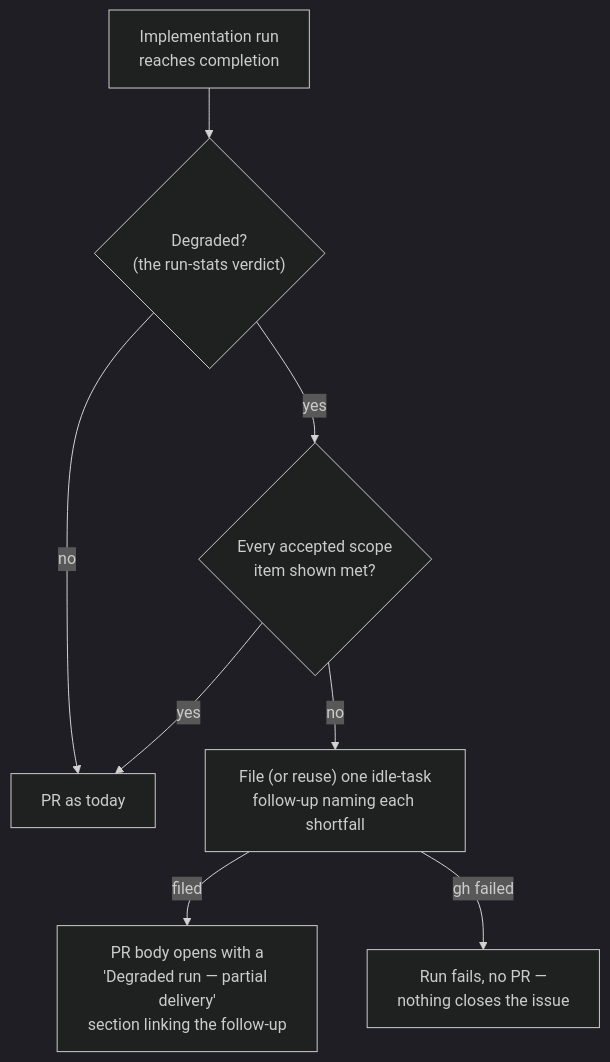
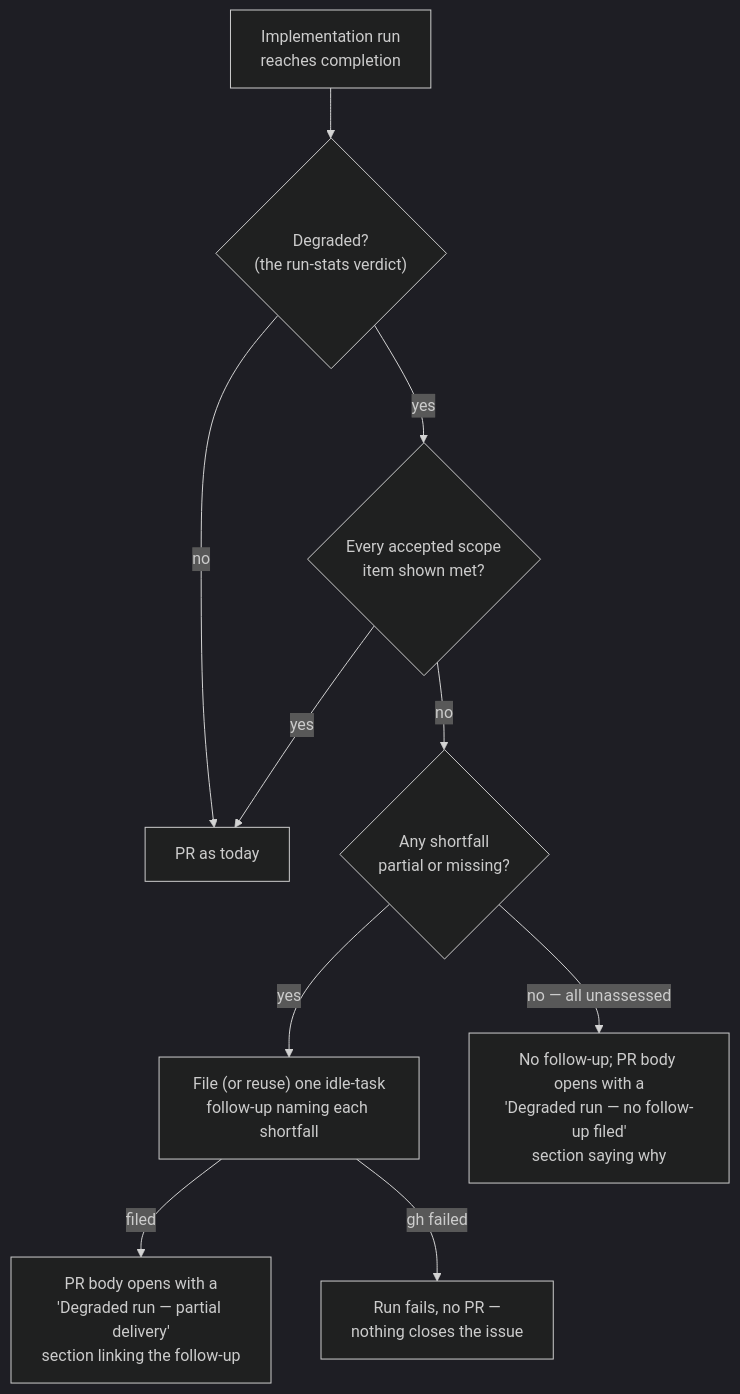
Diagram 16 of 20 in docs/workflows/issue-processing.md (stSoftwareAU/VibeCoder), drawn with Mermaid (dark theme) before and after one commit. The commit also changed other lines of this file and 4 other files, not shown here.

First line of the commit message:
Skip degraded-run follow-ups unless a criterion is partial or missing (#2695)

````diff
--- a/docs/workflows/issue-processing.md
+++ b/docs/workflows/issue-processing.md
@@ -1129,10 +1129,12 @@
 ```mermaid
 flowchart TD
     R["Implementation run<br/>reaches completion"] --> D{"Degraded?<br/>(the run-stats verdict)"}
     D -- no --> P["PR as today"]
     D -- yes --> S{"Every accepted scope<br/>item shown met?"}
     S -- yes --> P
-    S -- no --> F["File (or reuse) one idle-task<br/>follow-up naming each shortfall"]
+    S -- no --> G{"Any shortfall<br/>partial or missing?"}
+    G -- yes --> F["File (or reuse) one idle-task<br/>follow-up naming each shortfall"]
     F -- filed --> B["PR body opens with a<br/>'Degraded run — partial delivery'<br/>section linking the follow-up"]
     F -- "gh failed" --> X["Run fails, no PR —<br/>nothing closes the issue"]
+    G -- "no — all unassessed" --> N["No follow-up; PR body opens with a<br/>'Degraded run — no follow-up filed'<br/>section saying why"]
 ```
````
